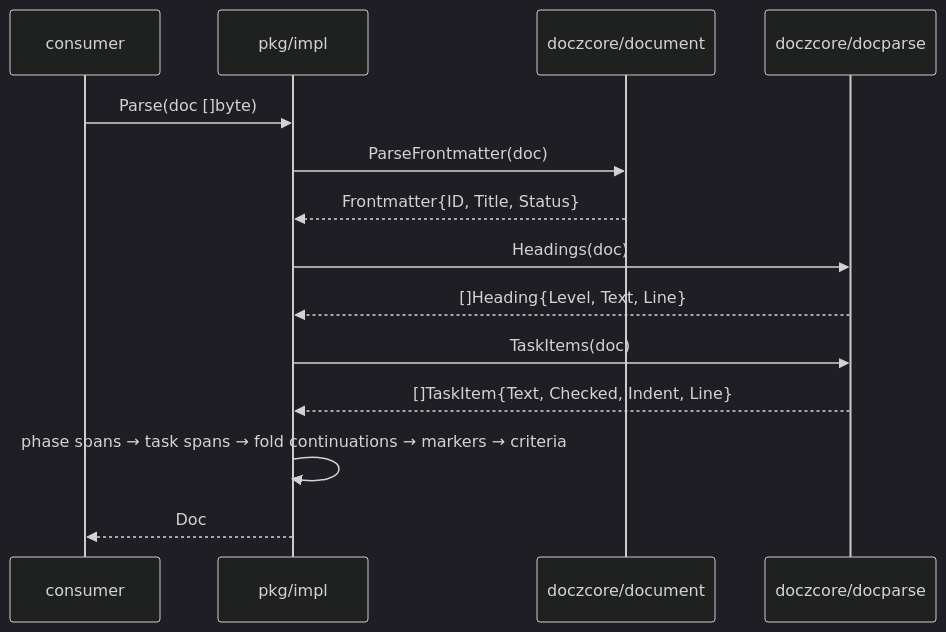
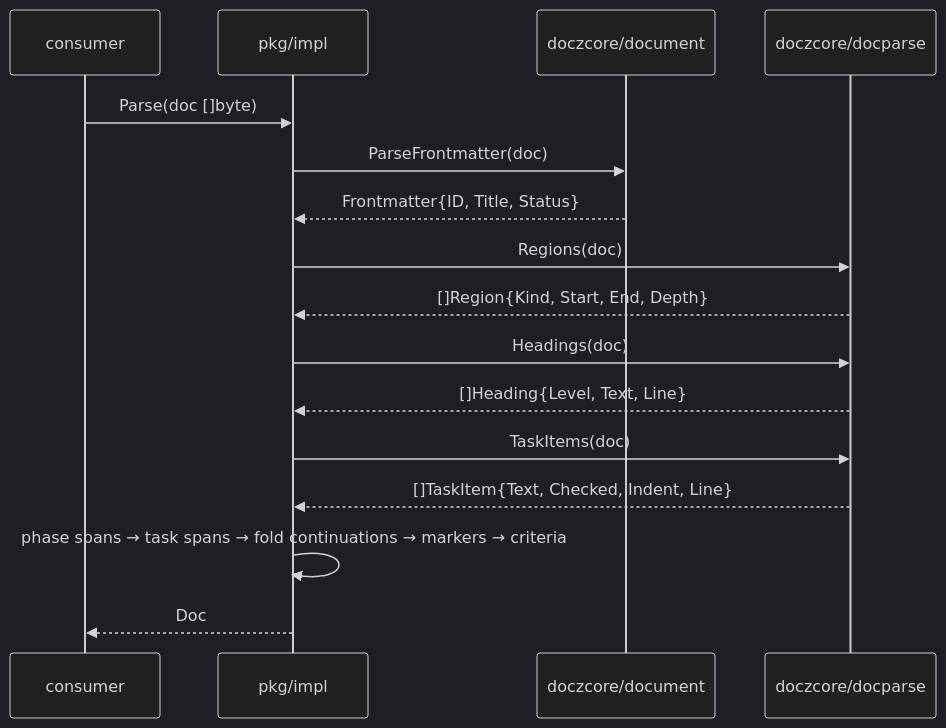
Before and after one commit to donaldgifford/docz: the fifth of 16 diagrams in docs/design/0014-the-docz-api-as-one-unit-packages-types-functions-and-the-cmd.md, drawn with Mermaid (dark theme). The commit also changed other lines of this file and 3 other files, not shown here.

````diff
--- a/docs/design/0014-the-docz-api-as-one-unit-packages-types-functions-and-the-cmd.md
+++ b/docs/design/0014-the-docz-api-as-one-unit-packages-types-functions-and-the-cmd.md
@@ -726,16 +780,18 @@
 ```mermaid
 sequenceDiagram
   participant C as consumer
   participant I as pkg/impl
   participant D as doczcore/document
   participant P as doczcore/docparse
   C->>I: Parse(doc []byte)
   I->>D: ParseFrontmatter(doc)
   D-->>I: Frontmatter{ID, Title, Status}
+  I->>P: Regions(doc)
+  P-->>I: []Region{Kind, Start, End, Depth}
   I->>P: Headings(doc)
   P-->>I: []Heading{Level, Text, Line}
   I->>P: TaskItems(doc)
   P-->>I: []TaskItem{Text, Checked, Indent, Line}
   I->>I: phase spans → task spans → fold continuations → markers → criteria
   I-->>C: Doc
 ```
````
